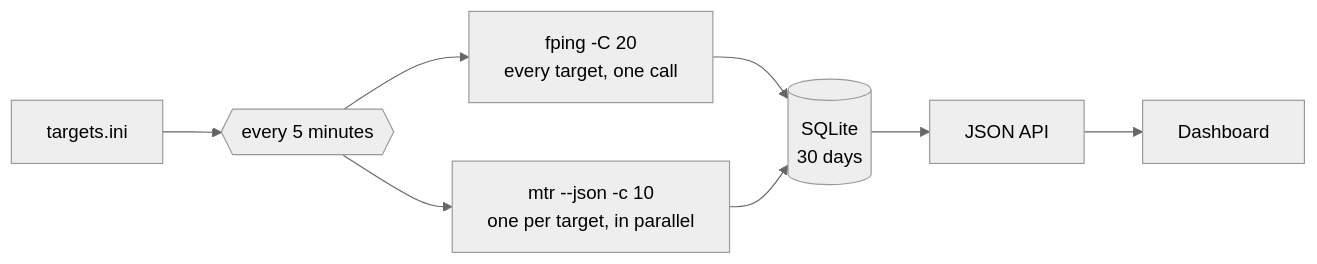
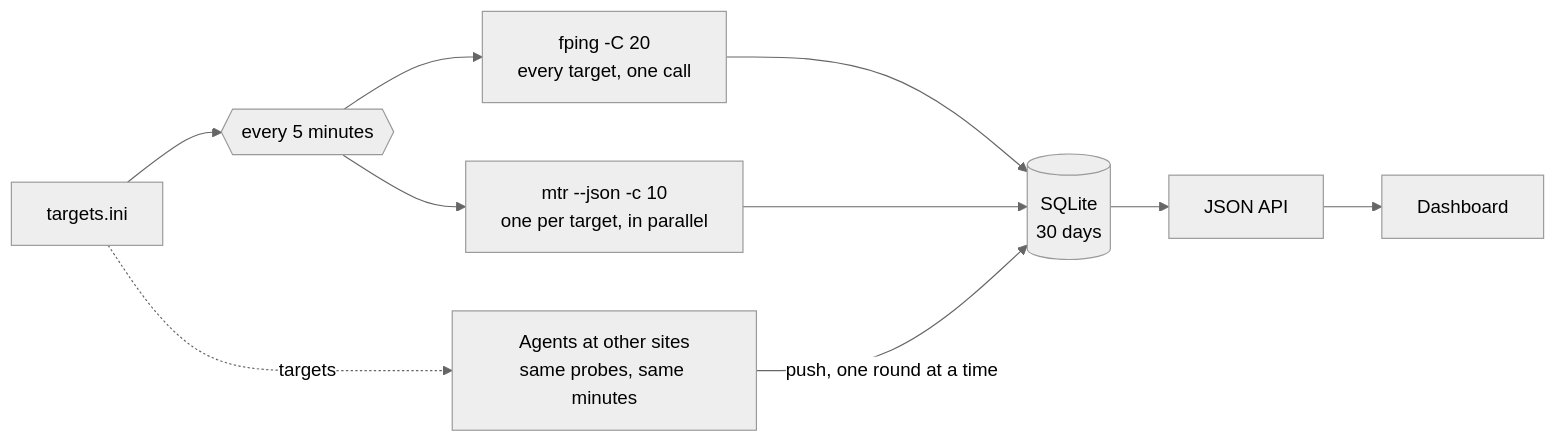
One commit to ST-DEVPT/smoketrace changed the diagram in README.md. Above: the diagram before and after it, drawn with Mermaid (neutral theme). The commit also changed other lines of this file and 22 other files, not shown here.

````diff
--- a/README.md
+++ b/README.md
@@ -181,9 +228,11 @@
 ```mermaid
 flowchart LR
   T["targets.ini"] --> R{{"every 5 minutes"}}
   R --> F["fping -C 20<br>every target, one call"]
   R --> M["mtr --json -c 10<br>one per target, in parallel"]
   F --> DB[("SQLite<br>30 days")]
   M --> DB
+  AG["Agents at other sites<br>same probes, same minutes"] -- "push, one round at a time" --> DB
+  T -. "targets" .-> AG
   DB --> A["JSON API"] --> U["Dashboard"]
 ```
````
